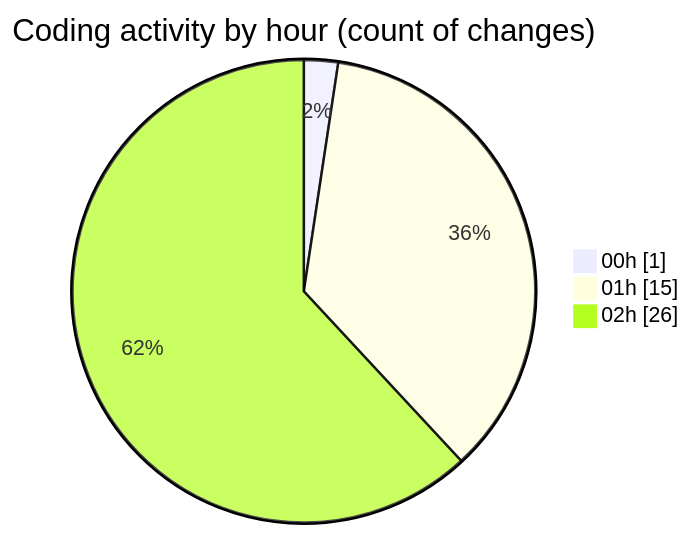
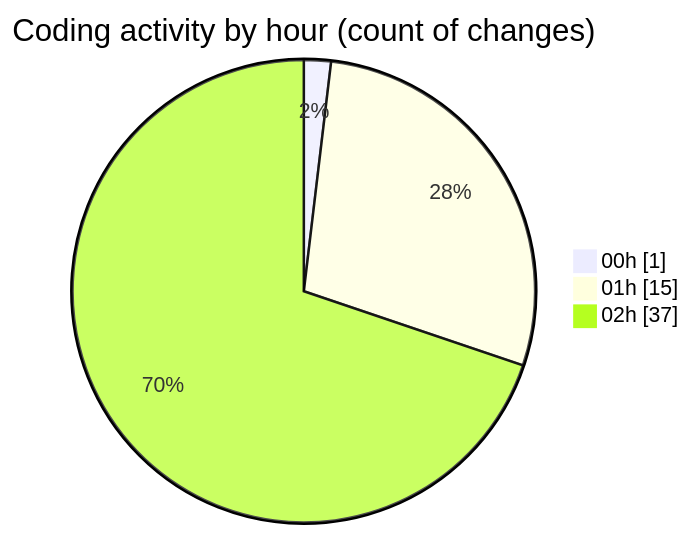
One commit to Elitesun/code-tracking changed the second of 2 diagrams in 2025-05-01/niten/README.md. Above: the diagram before and after it, drawn with Mermaid. The commit also changed other lines of this file and 1 other file, not shown here.

````diff
--- a/2025-05-01/niten/README.md
+++ b/2025-05-01/niten/README.md
@@ -42,7 +44,7 @@
 ```mermaid
 pie showData
 title Coding activity by hour (count of changes)
 "00h" : 1
 "01h" : 15
-"02h" : 26
+"02h" : 37
 ```
````
